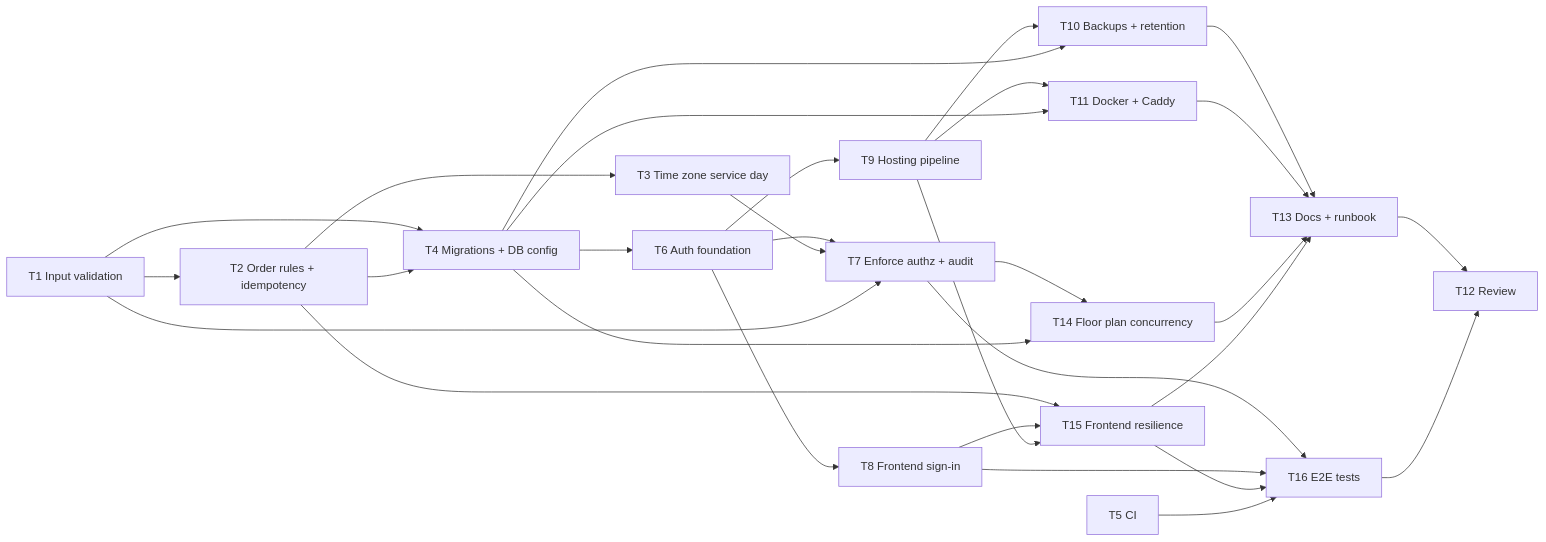
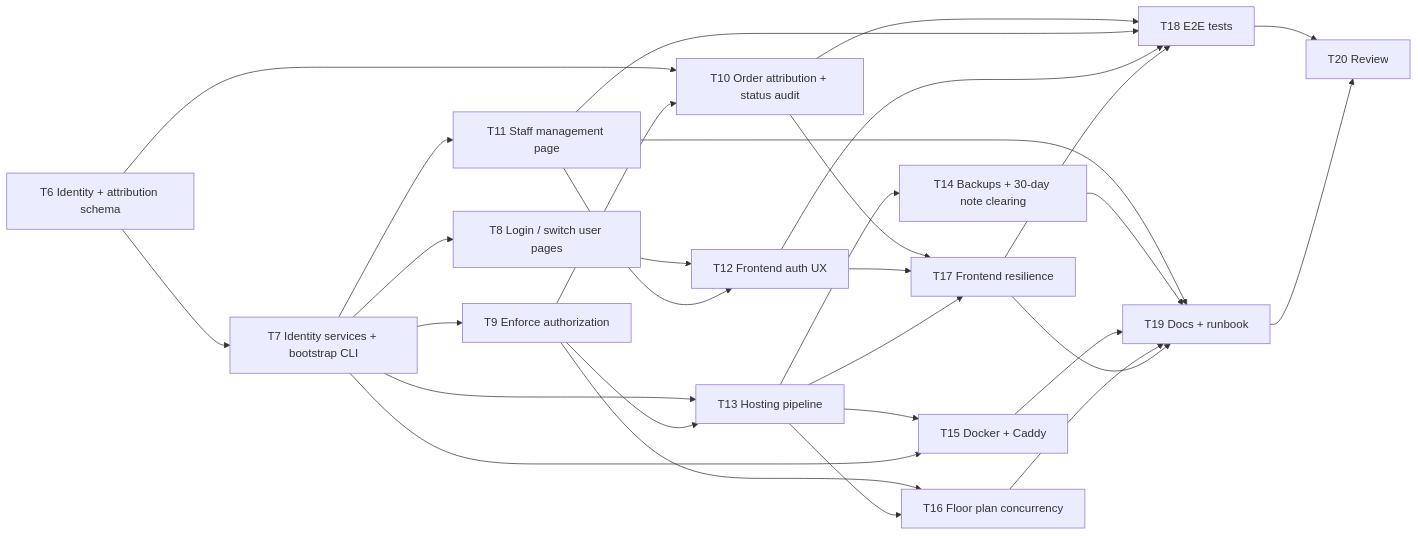
Before and after one commit to Nogzi/TableIt: the diagram in plans/production-readiness.md, drawn with Mermaid. The commit also changed other lines of this file, not shown here.

First line of the commit message:
Update production readiness plan with decisions and Identity sign-in

````diff
--- a/plans/production-readiness.md
+++ b/plans/production-readiness.md
@@ -278,32 +400,32 @@
 ```mermaid
 flowchart LR
-  T1["T1 Input validation"] --> T2["T2 Order rules + idempotency"]
-  T1 --> T4["T4 Migrations + DB config"]
-  T2 --> T3["T3 Time zone service day"]
-  T2 --> T4
-  T4 --> T6["T6 Auth foundation"]
-  T6 --> T7["T7 Enforce authz + audit"]
-  T3 --> T7
-  T1 --> T7
-  T6 --> T8["T8 Frontend sign-in"]
-  T6 --> T9["T9 Hosting pipeline"]
-  T9 --> T10["T10 Backups + retention"]
-  T4 --> T10
-  T9 --> T11["T11 Docker + Caddy"]
-  T4 --> T11
-  T7 --> T14["T14 Floor plan concurrency"]
-  T4 --> T14
-  T2 --> T15["T15 Frontend resilience"]
-  T8 --> T15
-  T9 --> T15
-  T7 --> T16["T16 E2E tests"]
-  T8 --> T16
-  T15 --> T16
-  T5["T5 CI"] --> T16
-  T10 --> T13["T13 Docs + runbook"]
-  T11 --> T13
-  T14 --> T13
-  T15 --> T13
-  T13 --> T12["T12 Review"]
-  T16 --> T12
+  T6["T6 Identity + attribution schema"] --> T7["T7 Identity services + bootstrap CLI"]
+  T7 --> T8["T8 Login / switch user pages"]
+  T7 --> T9["T9 Enforce authorization"]
+  T7 --> T11["T11 Staff management page"]
+  T6 --> T10["T10 Order attribution + status audit"]
+  T9 --> T10
+  T7 --> T13["T13 Hosting pipeline"]
+  T9 --> T13
+  T8 --> T12["T12 Frontend auth UX"]
+  T11 --> T12
+  T13 --> T14["T14 Backups + 30-day note clearing"]
+  T13 --> T15["T15 Docker + Caddy"]
+  T7 --> T15
+  T9 --> T16["T16 Floor plan concurrency"]
+  T13 --> T16
+  T10 --> T17["T17 Frontend resilience"]
+  T12 --> T17
+  T13 --> T17
+  T10 --> T18["T18 E2E tests"]
+  T11 --> T18
+  T12 --> T18
+  T17 --> T18
+  T11 --> T19["T19 Docs + runbook"]
+  T14 --> T19
+  T15 --> T19
+  T16 --> T19
+  T17 --> T19
+  T18 --> T20["T20 Review"]
+  T19 --> T20
 ```
````
